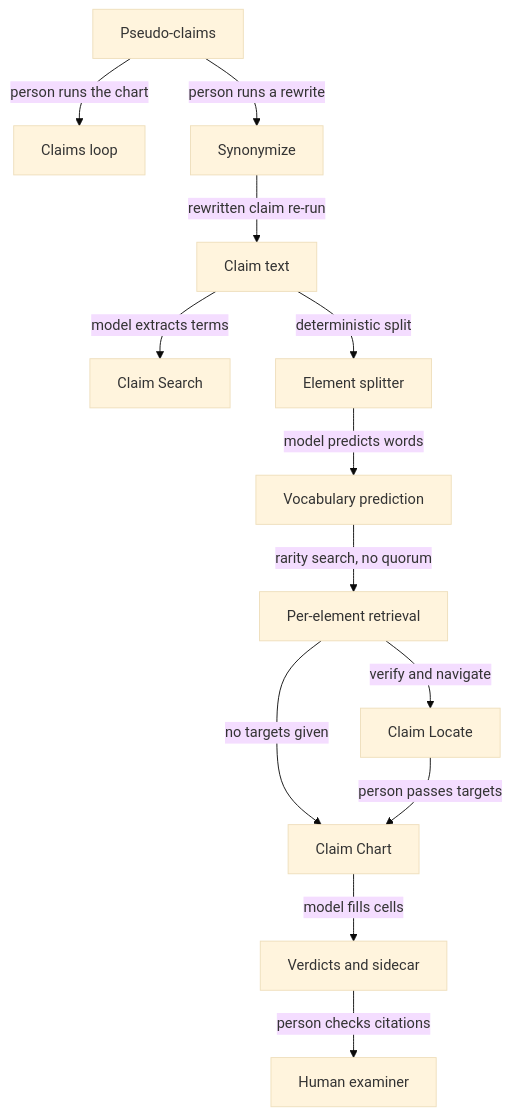
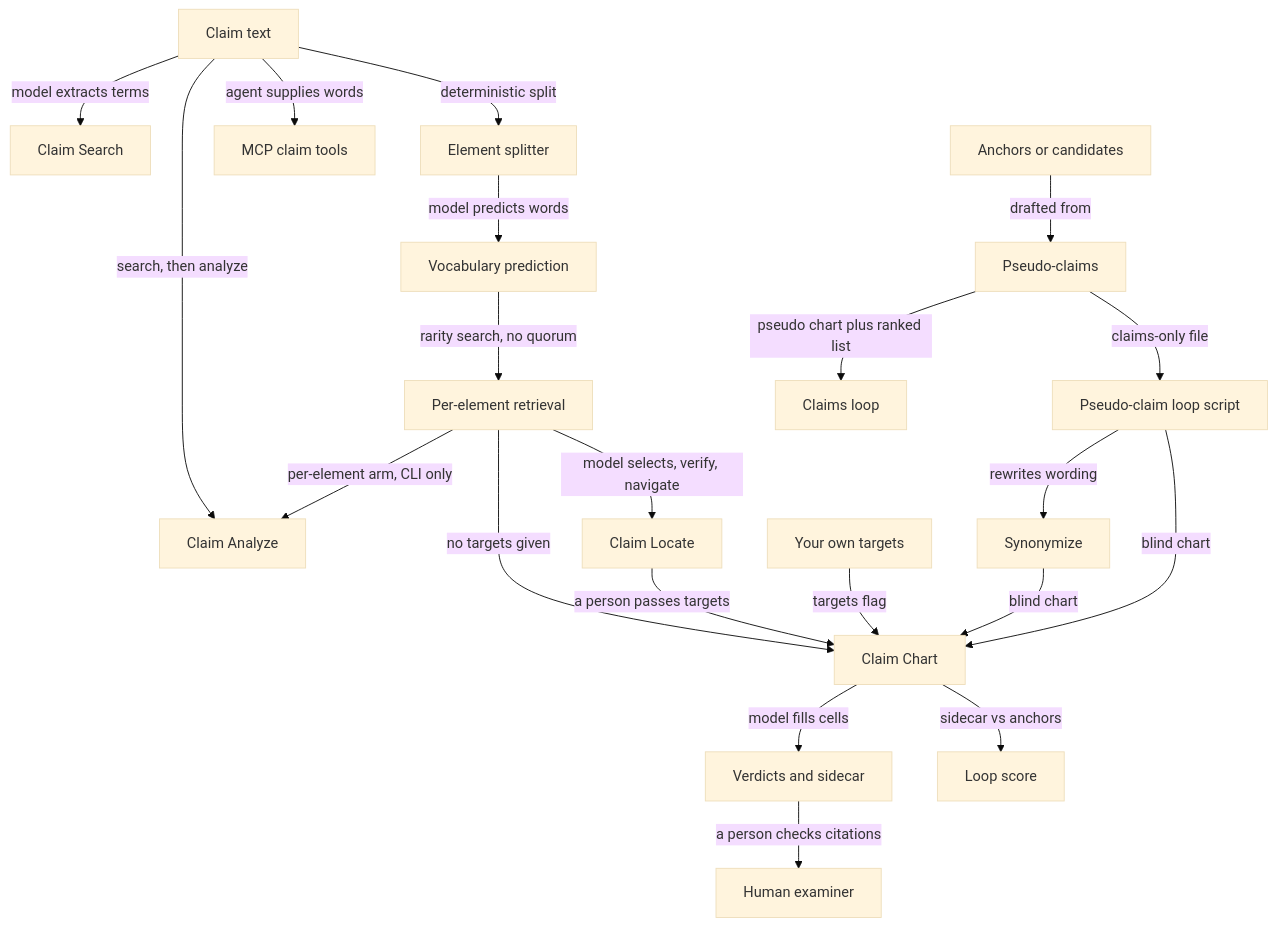
The diagram in docs/orientation/architecture/04-claims-pipeline.mmd (aschulman42-cell/code-exam), drawn with Mermaid (base theme) before and after one commit. The commit also changed 14 other files, not shown here.

```diff
--- a/docs/orientation/architecture/04-claims-pipeline.mmd
+++ b/docs/orientation/architecture/04-claims-pipeline.mmd
@@ -1,34 +1,47 @@
 flowchart TD
   claim[Claim text]
   search[Claim Search]
+  analyze[Claim Analyze]
   splitter[Element splitter]
   vocab[Vocabulary prediction]
   retrieval[Per-element retrieval]
   locate[Claim Locate]
+  owntargets[Your own targets]
+  mcptools[MCP claim tools]
   chart[Claim Chart]
   verdicts[Verdicts and sidecar]
   examiner[Human examiner]
+  anchors[Anchors or candidates]
   pseudo[Pseudo-claims]
-  loop[Claims loop]
+  loopscript[Pseudo-claim loop script]
   synonymize[Synonymize]
+  score[Loop score]
+  claimsloop[Claims loop]
 
   claim -->|model extracts terms| search
+  claim -->|search, then analyze| analyze
   claim -->|deterministic split| splitter
+  claim -->|agent supplies words| mcptools
   splitter -->|model predicts words| vocab
   vocab -->|rarity search, no quorum| retrieval
   retrieval -->|no targets given| chart
-  retrieval -->|verify and navigate| locate
-  locate -->|person passes targets| chart
+  retrieval -->|per-element arm, CLI only| analyze
+  retrieval -->|model selects, verify, navigate| locate
+  locate -->|a person passes targets| chart
+  owntargets -->|targets flag| chart
   chart -->|model fills cells| verdicts
-  verdicts -->|person checks citations| examiner
-  pseudo -->|person runs the chart| loop
-  pseudo -->|person runs a rewrite| synonymize
-  synonymize -->|rewritten claim re-run| claim
+  verdicts -->|a person checks citations| examiner
+  anchors -->|drafted from| pseudo
+  pseudo -->|claims-only file| loopscript
+  loopscript -->|rewrites wording| synonymize
+  synonymize -->|blind chart| chart
+  loopscript -->|blind chart| chart
+  chart -->|sidecar vs anchors| score
+  pseudo -->|pseudo chart plus ranked list| claimsloop
 
-%% tip: Claim Chart :: The core deliverable: one row per element. Run from the CLI at this commit.
-%% tip: Claim Search :: Available in the CLI and in the GUI's Claims Workspace. Whole-claim, so it has the quorum problem.
-%% tip: person passes targets :: Depends on a person: --targets-out writes a file, and someone hands it to --targets.
-%% tip: person checks citations :: Depends on a person: the chart asks for every citation to be verified.
-%% tip: person runs the chart :: Depends on a person running --claims-loop.
-%% tip: person runs a rewrite :: Depends on a person running --synonymize.
-%% tip: rewritten claim re-run :: Depends on a person or a script feeding the rewritten claim back in.
+%% tip: Claim Chart :: The core deliverable: one row per element. CLI only at this commit.
+%% tip: Claim Analyze :: CLI: whole-claim search plus a per-element arm. GUI: analyzes one top function.
+%% tip: Pseudo-claims :: A drafting and self-test feature, not the front end of the pipeline. A real claim enters at Claim text.
+%% tip: Claims loop :: Fills pseudo-claim chart cells and writes a _looped.md file. It does not run Claim Chart.
+%% tip: a person passes targets :: Depends on a person: --targets-out writes a file, and someone hands it to --targets.
+%% tip: a person checks citations :: Depends on a person: the chart asks for every citation to be verified.
```
